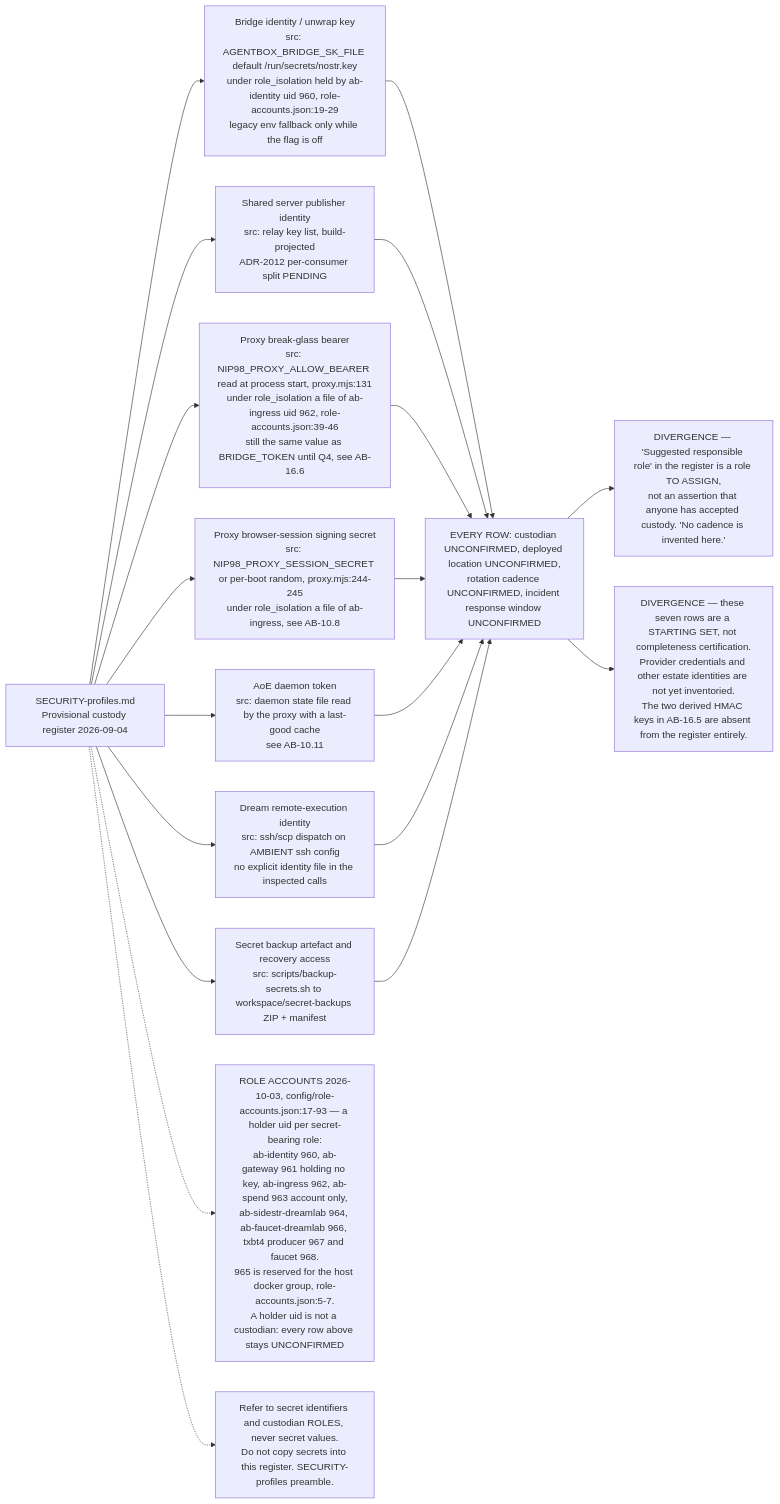
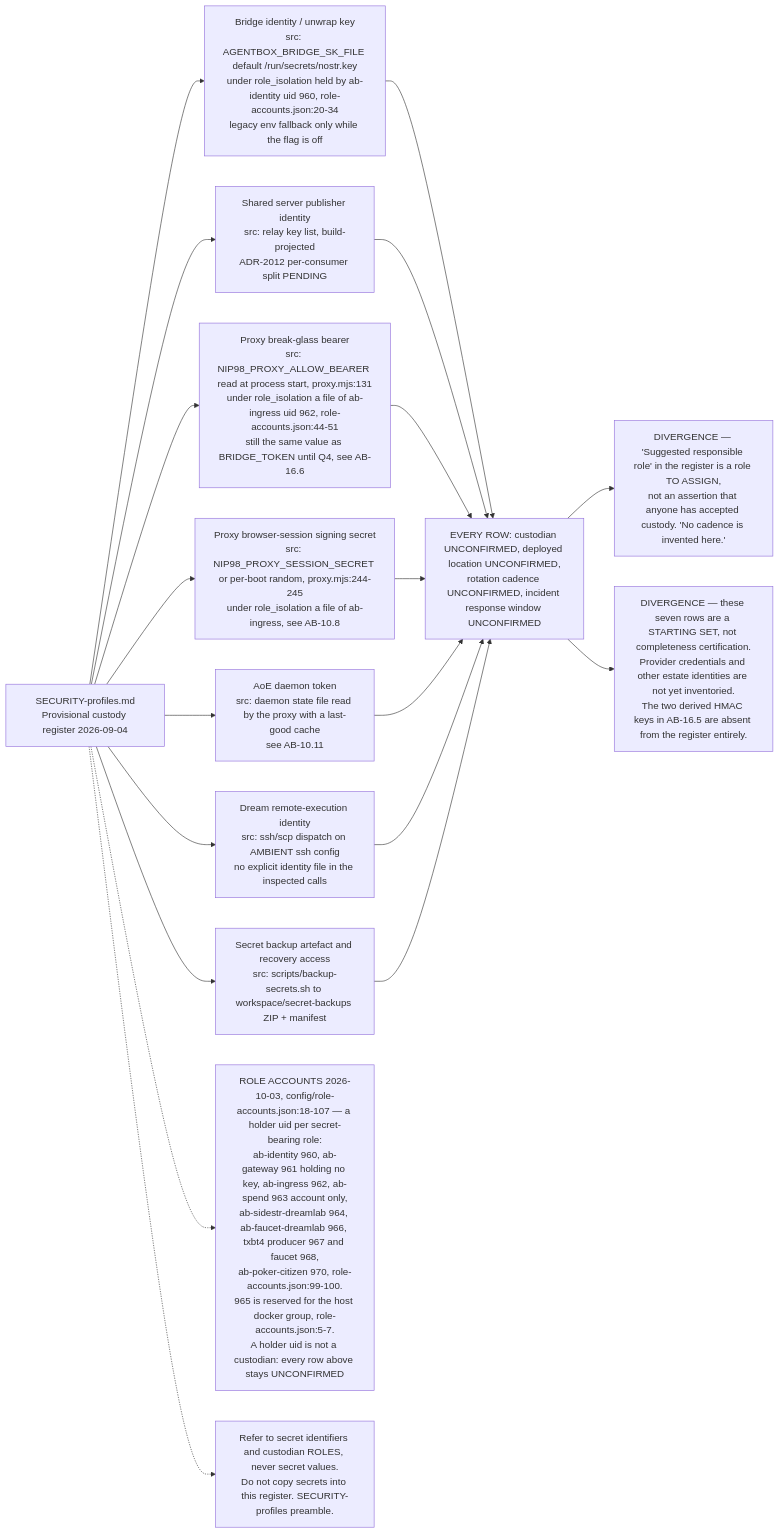
One commit to DreamLab-AI/VisionFlow changed the ninth of 14 diagrams in docs/diagrams/agentbox/16-secrets-custody-seccomp-profiles.md. Above: the diagram before and after it, drawn with Mermaid. The commit also changed other lines of this file and 4 other files, not shown here.

````diff
--- a/docs/diagrams/agentbox/16-secrets-custody-seccomp-profiles.md
+++ b/docs/diagrams/agentbox/16-secrets-custody-seccomp-profiles.md
@@ -352,22 +353,22 @@
 ```mermaid
 flowchart LR
     R["SECURITY-profiles.md<br/>Provisional custody register 2026-09-04"]
-    R --> C1["Bridge identity / unwrap key<br/>src: AGENTBOX_BRIDGE_SK_FILE default /run/secrets/nostr.key<br/>under role_isolation held by ab-identity uid 960, role-accounts.json:19-29<br/>legacy env fallback only while the flag is off"]
+    R --> C1["Bridge identity / unwrap key<br/>src: AGENTBOX_BRIDGE_SK_FILE default /run/secrets/nostr.key<br/>under role_isolation held by ab-identity uid 960, role-accounts.json:20-34<br/>legacy env fallback only while the flag is off"]
     R --> C2["Shared server publisher identity<br/>src: relay key list, build-projected<br/>ADR-2012 per-consumer split PENDING"]
-    R --> C3["Proxy break-glass bearer<br/>src: NIP98_PROXY_ALLOW_BEARER read at process start, proxy.mjs:131<br/>under role_isolation a file of ab-ingress uid 962, role-accounts.json:39-46<br/>still the same value as BRIDGE_TOKEN until Q4, see AB-16.6"]
+    R --> C3["Proxy break-glass bearer<br/>src: NIP98_PROXY_ALLOW_BEARER read at process start, proxy.mjs:131<br/>under role_isolation a file of ab-ingress uid 962, role-accounts.json:44-51<br/>still the same value as BRIDGE_TOKEN until Q4, see AB-16.6"]
     R --> C4["Proxy browser-session signing secret<br/>src: NIP98_PROXY_SESSION_SECRET or per-boot random, proxy.mjs:244-245<br/>under role_isolation a file of ab-ingress, see AB-10.8"]
     R --> C5["AoE daemon token<br/>src: daemon state file read by the proxy with a last-good cache<br/>see AB-10.11"]
     R --> C6["Dream remote-execution identity<br/>src: ssh/scp dispatch on AMBIENT ssh config<br/>no explicit identity file in the inspected calls"]
     R --> C7["Secret backup artefact and recovery access<br/>src: scripts/backup-secrets.sh to workspace/secret-backups ZIP + manifest"]
     C1 --> U["EVERY ROW: custodian UNCONFIRMED, deployed location UNCONFIRMED,<br/>rotation cadence UNCONFIRMED, incident response window UNCONFIRMED"]
     C2 --> U
     C3 --> U
     C4 --> U
     C5 --> U
     C6 --> U
     C7 --> U
     U --> N1["DIVERGENCE — 'Suggested responsible role' in the register is a role TO ASSIGN,<br/>not an assertion that anyone has accepted custody. 'No cadence is invented here.'"]
     U --> N2["DIVERGENCE — these seven rows are a STARTING SET, not completeness certification.<br/>Provider credentials and other estate identities are not yet inventoried.<br/>The two derived HMAC keys in AB-16.5 are absent from the register entirely."]
-    R -.-> N4["ROLE ACCOUNTS 2026-10-03, config/role-accounts.json:17-93 — a holder uid per secret-bearing role:<br/>ab-identity 960, ab-gateway 961 holding no key, ab-ingress 962, ab-spend 963 account only,<br/>ab-sidestr-dreamlab 964, ab-faucet-dreamlab 966, txbt4 producer 967 and faucet 968.<br/>965 is reserved for the host docker group, role-accounts.json:5-7.<br/>A holder uid is not a custodian: every row above stays UNCONFIRMED"]
+    R -.-> N4["ROLE ACCOUNTS 2026-10-03, config/role-accounts.json:18-107 — a holder uid per secret-bearing role:<br/>ab-identity 960, ab-gateway 961 holding no key, ab-ingress 962, ab-spend 963 account only,<br/>ab-sidestr-dreamlab 964, ab-faucet-dreamlab 966, txbt4 producer 967 and faucet 968,<br/>ab-poker-citizen 970, role-accounts.json:99-100.<br/>965 is reserved for the host docker group, role-accounts.json:5-7.<br/>A holder uid is not a custodian: every row above stays UNCONFIRMED"]
     R -.-> N3["Refer to secret identifiers and custodian ROLES, never secret values.<br/>Do not copy secrets into this register. SECURITY-profiles preamble."]
 ```
````
